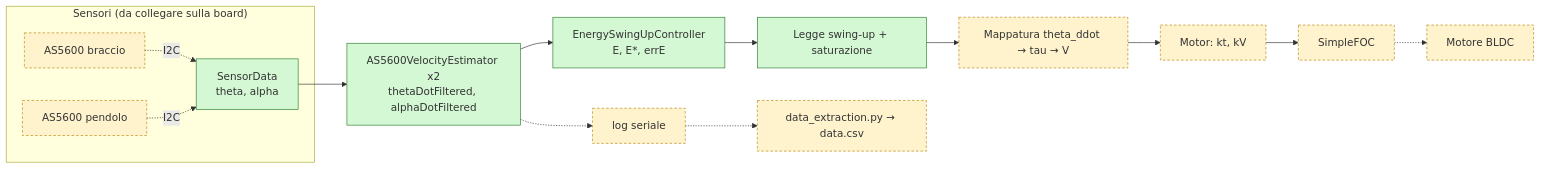
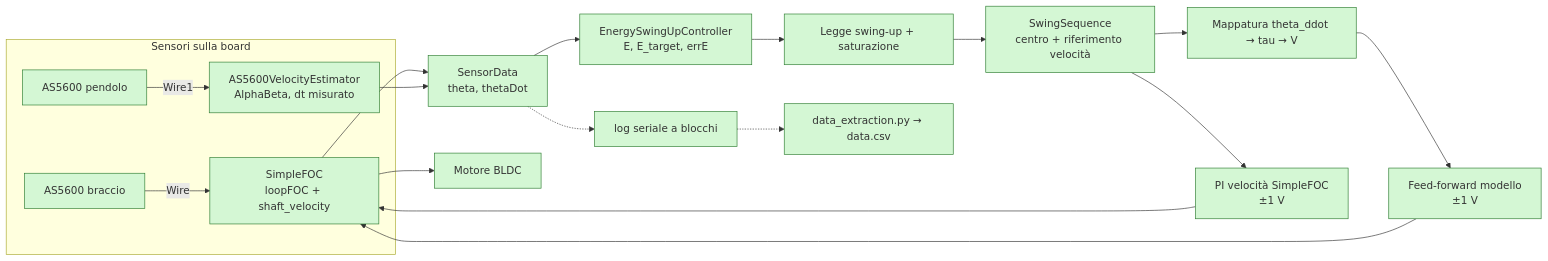
One commit to PippoluMatt/Pendulum changed the diagram in README.md. Above: the diagram before and after it, drawn with Mermaid. The commit also changed other lines of this file and 5 other files, not shown here.

Commit message:
modified:   README.md 	modified:   furuta/data/data.csv 	modified:   furuta/include/furuta/motor.hpp 	modified:   furuta/include/furuta/parameters.hpp 	modified:   furuta/include/furuta/swing_sequence.hpp 	modified:   furuta/src/main.ino

````diff
--- a/README.md
+++ b/README.md
@@ -445,21 +461,25 @@
 ```mermaid
 flowchart LR
-    subgraph SENSORI["Sensori (da collegare sulla board)"]
-        A1["AS5600 braccio"] -.->|I2C| SD
-        A2["AS5600 pendolo"] -.->|I2C| SD
+    subgraph SENSORI["Sensori sulla board"]
+        A1["AS5600 braccio"] -->|Wire| SF
+        A2["AS5600 pendolo"] -->|Wire1| EST
     end
-    SD["SensorData<br/>theta, alpha"]
-    SD --> EST["AS5600VelocityEstimator x2<br/>thetaDotFiltered, alphaDotFiltered"]
-    EST --> CTRL["EnergySwingUpController<br/>E, E*, errE"]
+    SF["SimpleFOC<br/>loopFOC + shaft_velocity"]
+    EST["AS5600VelocityEstimator<br/>AlphaBeta, dt misurato"]
+    SF --> SD["SensorData<br/>theta, thetaDot"]
+    EST --> SD
+    SD --> CTRL["EnergySwingUpController<br/>E, E_target, errE"]
     CTRL --> LAW["Legge swing-up + saturazione"]
-    LAW --> MAP["Mappatura theta_ddot → tau → V"]
-    MAP --> MOT["Motor: kt, kV"]
-    MOT --> SF["SimpleFOC"] -.-> BLDC["Motore BLDC"]
-    EST -.-> LOG["log seriale"]
+    LAW --> SEQ["SwingSequence<br/>centro + riferimento velocità"]
+    SEQ --> MAP["Mappatura theta_ddot → tau → V"]
+    MAP --> FF["Feed-forward modello<br/>±1 V"]
+    SEQ --> PI["PI velocità SimpleFOC<br/>±1 V"]
+    FF --> SF
+    PI --> SF
+    SF --> MOT["Motore BLDC"]
+    SD -.-> LOG["log seriale a blocchi"]
     LOG -.-> CSV["data_extraction.py → data.csv"]
 
     classDef impl fill:#d4f7d4,stroke:#2e7d32;
-    classDef todo fill:#fff3cd,stroke:#b8860b,stroke-dasharray: 4 3;
-    class SD,EST,CTRL,LAW impl;
-    class MAP,MOT,SF,BLDC,A1,A2,LOG,CSV todo;
+    class A1,A2,SF,EST,SD,CTRL,LAW,SEQ,MAP,FF,PI,MOT,LOG,CSV impl;
 ```
````
